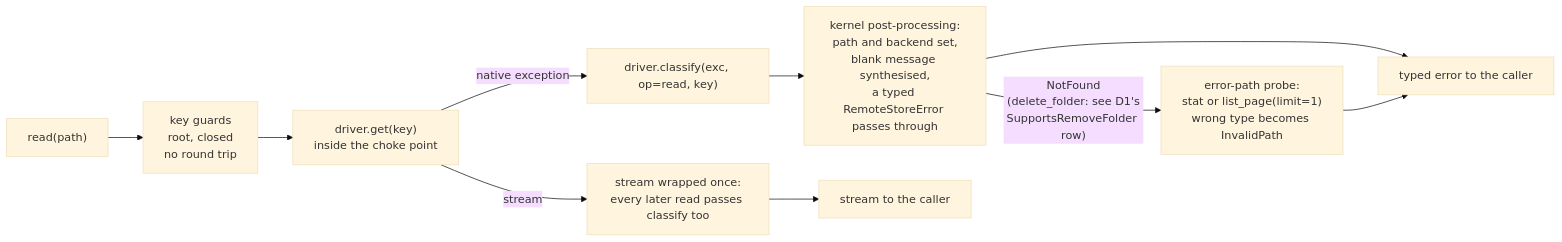
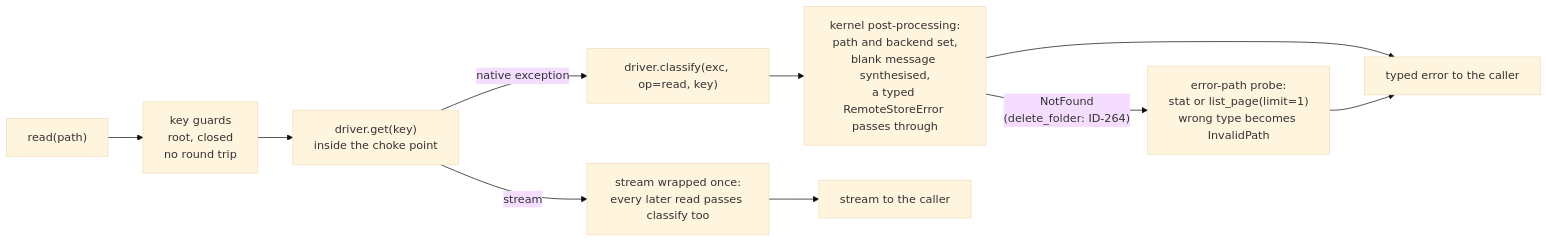
Before and after one commit to haalfi/remote-store: the second of 2 diagrams in sdd/rfcs/rfc-0017-contract-kernel-over-thin-drivers.md, drawn with Mermaid (base theme). The commit also changed other lines of this file and 5 other files, not shown here.

First line of the commit message:
BK-389, ID-264: Split the delete_folder sequence out of decision 8

````diff
--- a/sdd/rfcs/rfc-0017-contract-kernel-over-thin-drivers.md
+++ b/sdd/rfcs/rfc-0017-contract-kernel-over-thin-drivers.md
@@ -307,12 +305,12 @@
 ```mermaid
 flowchart LR
   call["read(path)"] --> guard["key guards<br/>root, closed<br/>no round trip"]
   guard --> prim["driver.get(key)<br/>inside the choke point"]
   prim -->|stream| wrap["stream wrapped once:<br/>every later read passes classify too"]
   prim -->|native exception| cls["driver.classify(exc, op=read, key)"]
   cls --> post["kernel post-processing:<br/>path and backend set,<br/>blank message synthesised,<br/>a typed RemoteStoreError passes through"]
-  post -->|"NotFound<br/>(delete_folder: see D1's<br/>SupportsRemoveFolder row)"| probe["error-path probe:<br/>stat or list_page(limit=1)<br/>wrong type becomes InvalidPath"]
+  post -->|"NotFound<br/>(delete_folder: ID-264)"| probe["error-path probe:<br/>stat or list_page(limit=1)<br/>wrong type becomes InvalidPath"]
   post --> raise["typed error to the caller"]
   probe --> raise
   wrap --> caller["stream to the caller"]
 ```
````
